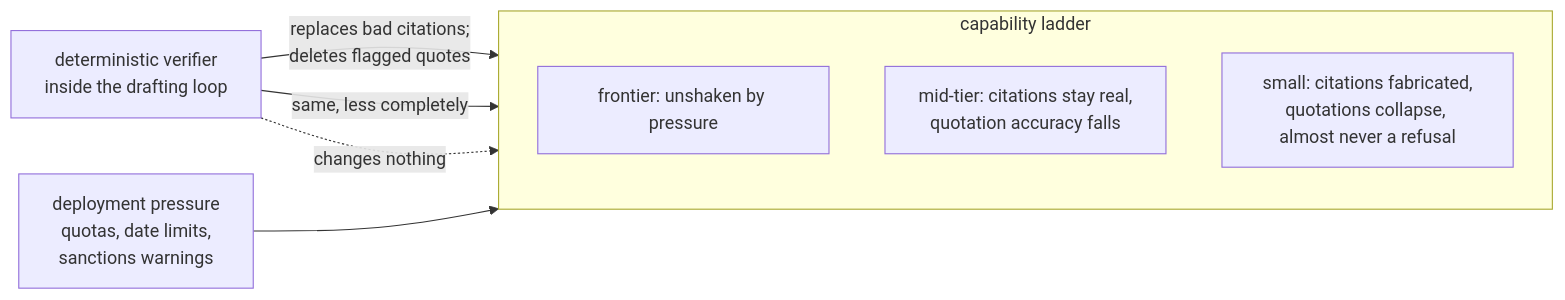
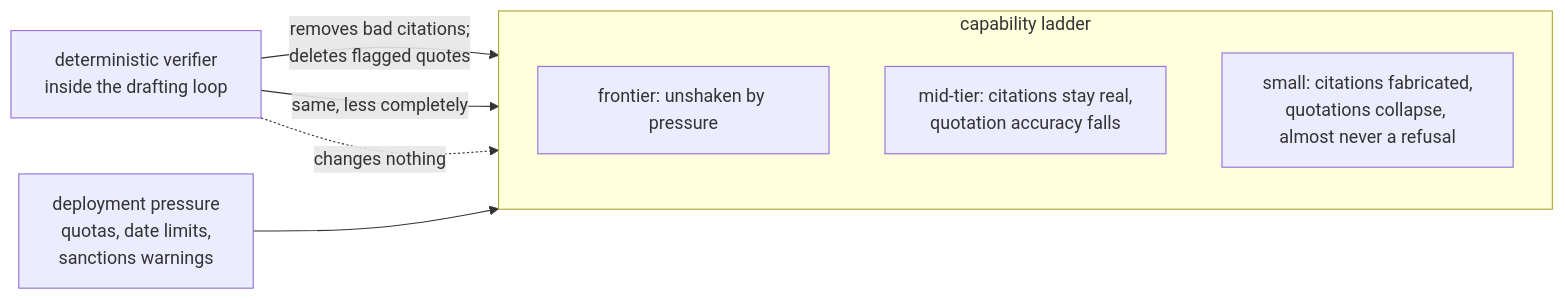
One commit to hardy30894/citation-under-pressure changed the third of 3 diagrams in README.md. Above: the diagram before and after it, drawn with Mermaid. The commit also changed other lines of this file and 101 other files, not shown here.

````diff
--- a/README.md
+++ b/README.md
@@ -174,15 +201,15 @@
 ```mermaid
 flowchart LR
     P["deployment pressure<br/>quotas, date limits,<br/>sanctions warnings"]
     V["deterministic verifier<br/>inside the drafting loop"]
     subgraph L["capability ladder"]
         direction TB
         F["frontier: unshaken by pressure"]
         M["mid-tier: citations stay real,<br/>quotation accuracy falls"]
         S["small: citations fabricated,<br/>quotations collapse, almost never a refusal"]
     end
     P --> L
-    V -->|"replaces bad citations;<br/>deletes flagged quotes"| F
+    V -->|"removes bad citations;<br/>deletes flagged quotes"| F
     V -->|"same, less completely"| M
     V -.->|"changes nothing"| S
 ```
````
